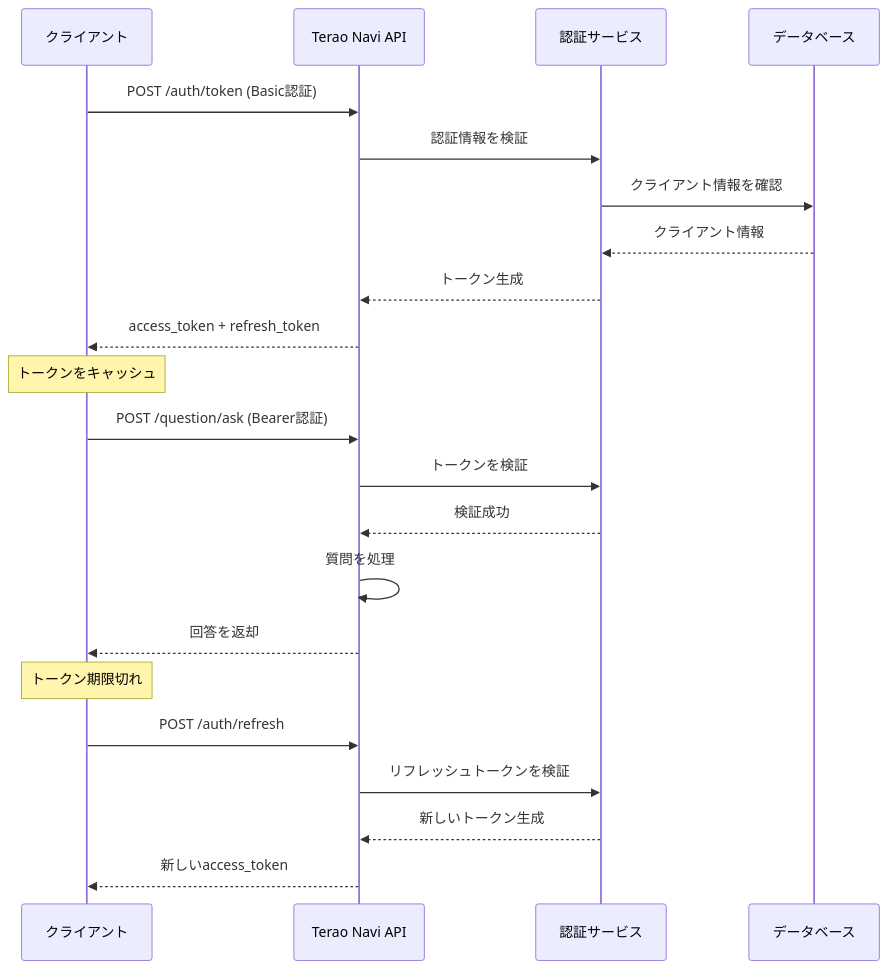
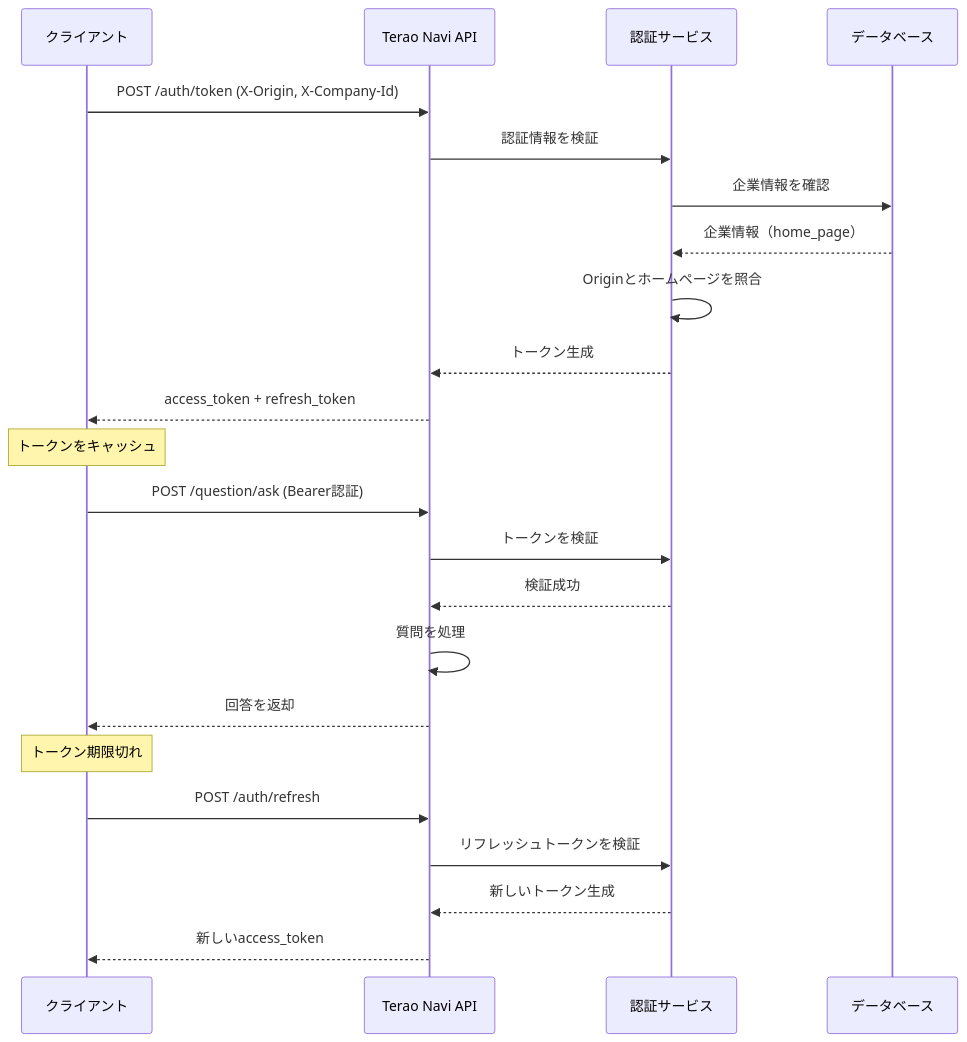
The second of 2 diagrams in README.md (terao06/terao_navi_api), drawn with Mermaid before and after one commit. The commit also changed other lines of this file and 20 other files, not shown here.

````diff
--- a/README.md
+++ b/README.md
@@ -356,29 +357,30 @@
 ```mermaid
 sequenceDiagram
     participant Client as クライアント
     participant API as Terao Navi API
     participant Auth as 認証サービス
     participant DB as データベース
     
-    Client->>API: POST /auth/token (Basic認証)
+    Client->>API: POST /auth/token (X-Origin, X-Company-Id)
     API->>Auth: 認証情報を検証
-    Auth->>DB: クライアント情報を確認
-    DB-->>Auth: クライアント情報
+    Auth->>DB: 企業情報を確認
+    DB-->>Auth: 企業情報（home_page）
+    Auth->>Auth: Originとホームページを照合
     Auth-->>API: トークン生成
     API-->>Client: access_token + refresh_token
     
     Note over Client: トークンをキャッシュ
     
     Client->>API: POST /question/ask (Bearer認証)
     API->>Auth: トークンを検証
     Auth-->>API: 検証成功
     API->>API: 質問を処理
     API-->>Client: 回答を返却
     
     Note over Client: トークン期限切れ
     
     Client->>API: POST /auth/refresh
     API->>Auth: リフレッシュトークンを検証
     Auth-->>API: 新しいトークン生成
     API-->>Client: 新しいaccess_token
 ```
````
